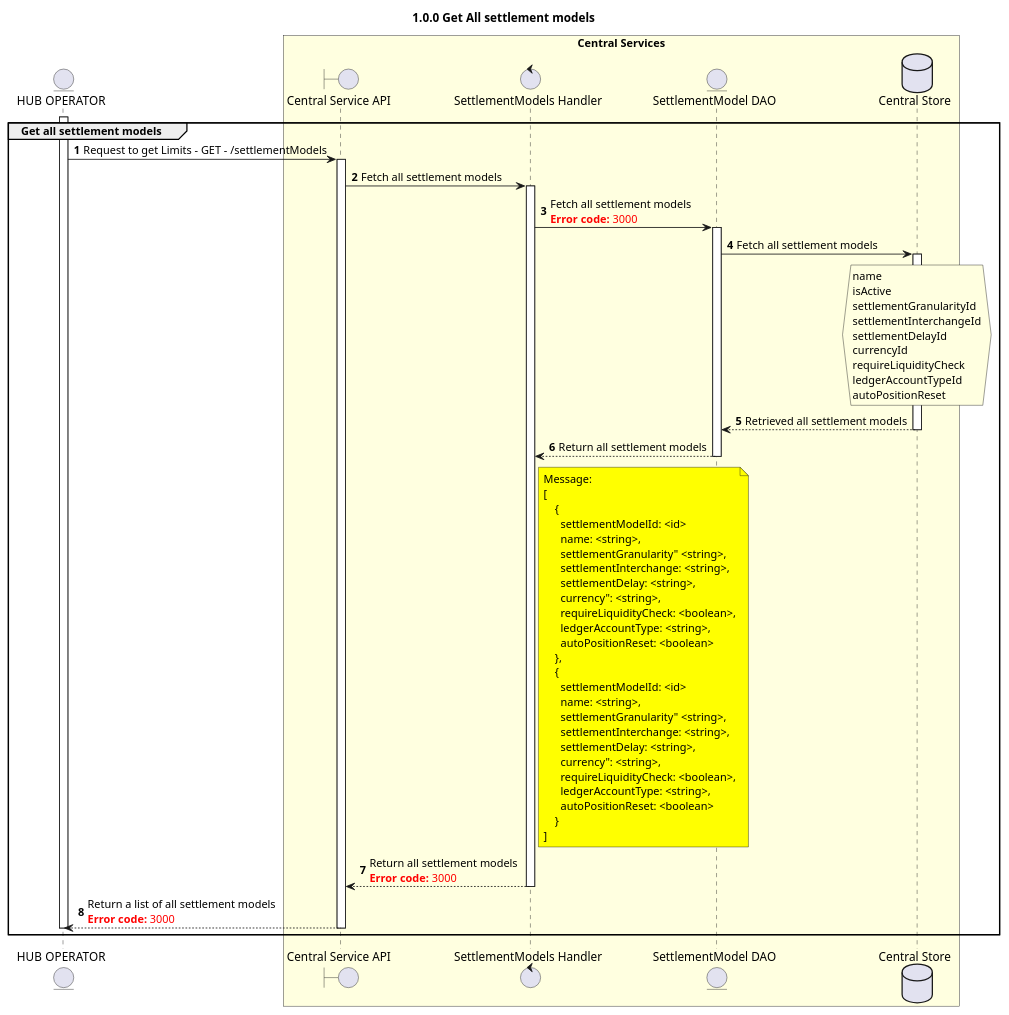
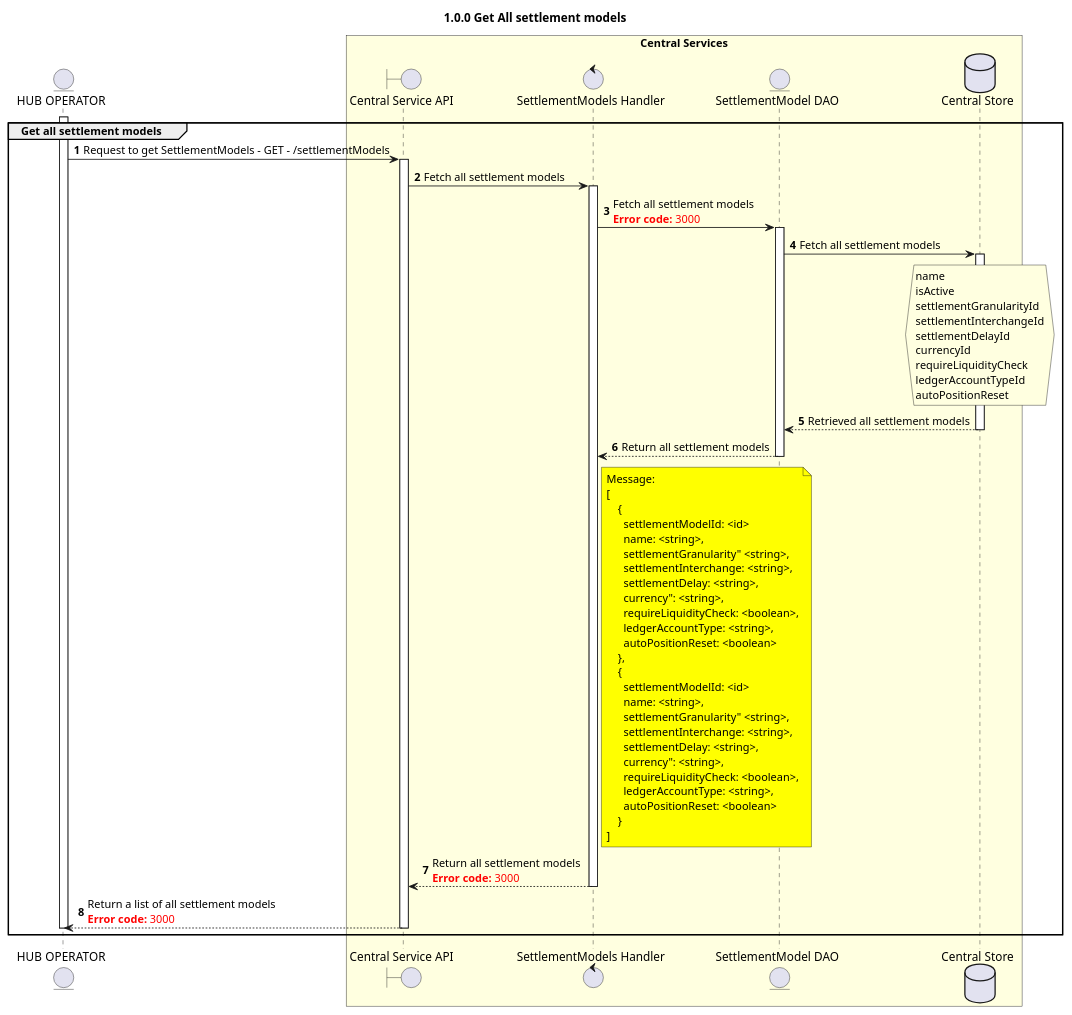
Before and after one commit to mojaloop/documentation: the diagram in mojaloop-technical-overview/central-ledger/assets/diagrams/sequence/seq-get-all-settlement-models-1.0.0.plantuml, drawn with PlantUML. The commit also changed 5 other files, not shown here.

First line of the commit message:
Added new pages for Settlement Models

```diff
--- a/mojaloop-technical-overview/central-ledger/assets/diagrams/sequence/seq-get-all-settlement-models-1.0.0.plantuml
+++ b/mojaloop-technical-overview/central-ledger/assets/diagrams/sequence/seq-get-all-settlement-models-1.0.0.plantuml
@@ -25,94 +25,94 @@
 @startuml
 ' declate title
 title 1.0.0 Get All settlement models
 
 autonumber
 
 
 ' Actor Keys:
 ' boundary - APIs/Interfaces, etc
 ' collections - Kafka Topics
 ' control - Kafka Consumers
 ' entity - Database Access Objects
 ' database - Database Persistance Store
 
 ' declare actors
 entity "HUB OPERATOR" as OPERATOR
 boundary "Central Service API" as CSAPI
 control "SettlementModels Handler" as SETTLEMENTMODELS_HANDLER
 entity "Central Service API" as CSAPI
 entity "SettlementModel DAO" as SETTLEMENTMODELS_DAO
 database "Central Store" as DB
 
 box "Central Services" #LightYellow
 participant CSAPI
 participant SETTLEMENTMODELS_HANDLER
 participant SETTLEMENTMODELS_DAO
 participant DB
 end box
 
 ' start flow
 
 activate OPERATOR
 group Get all settlement models
-    OPERATOR -> CSAPI: Request to get Limits - GET - /settlementModels
+    OPERATOR -> CSAPI: Request to get SettlementModels - GET - /settlementModels
 
     activate CSAPI
     CSAPI -> SETTLEMENTMODELS_HANDLER: Fetch all settlement models
     activate SETTLEMENTMODELS_HANDLER
         SETTLEMENTMODELS_HANDLER ->SETTLEMENTMODELS_DAO: Fetch all settlement models \n<color #FF0000><b>Error code:</b> 3000</color>
         activate SETTLEMENTMODELS_DAO
         SETTLEMENTMODELS_DAO ->DB: Fetch all settlement models
 
         activate DB
         hnote over DB #lightyellow
                 name
                 isActive
                 settlementGranularityId
                 settlementInterchangeId
                 settlementDelayId
                 currencyId
                 requireLiquidityCheck
                 ledgerAccountTypeId
                 autoPositionReset
         end note
         DB --> SETTLEMENTMODELS_DAO: Retrieved all settlement models
         deactivate DB
         SETTLEMENTMODELS_DAO -->SETTLEMENTMODELS_HANDLER: Return all settlement models
         deactivate SETTLEMENTMODELS_DAO
         note right of SETTLEMENTMODELS_HANDLER #yellow
                 Message:
                 [   
                     {
                       settlementModelId: <id>
                       name: <string>,
                       settlementGranularity" <string>,
                       settlementInterchange: <string>,
                       settlementDelay: <string>,
                       currency": <string>,
                       requireLiquidityCheck: <boolean>,
                       ledgerAccountType: <string>,
                       autoPositionReset: <boolean>
                     },
                     {
                       settlementModelId: <id>
                       name: <string>,
                       settlementGranularity" <string>,
                       settlementInterchange: <string>,
                       settlementDelay: <string>,
                       currency": <string>,
                       requireLiquidityCheck: <boolean>,
                       ledgerAccountType: <string>,
                       autoPositionReset: <boolean>
                     }
                 ]
         end note
         SETTLEMENTMODELS_HANDLER -->CSAPI: Return all settlement models \n<color #FF0000><b>Error code:</b> 3000</color>
         deactivate SETTLEMENTMODELS_HANDLER
         CSAPI -->OPERATOR: Return a list of all settlement models \n<color #FF0000><b>Error code:</b> 3000</color>
 
     deactivate CSAPI
     deactivate OPERATOR
 end
 
 @enduml
```
